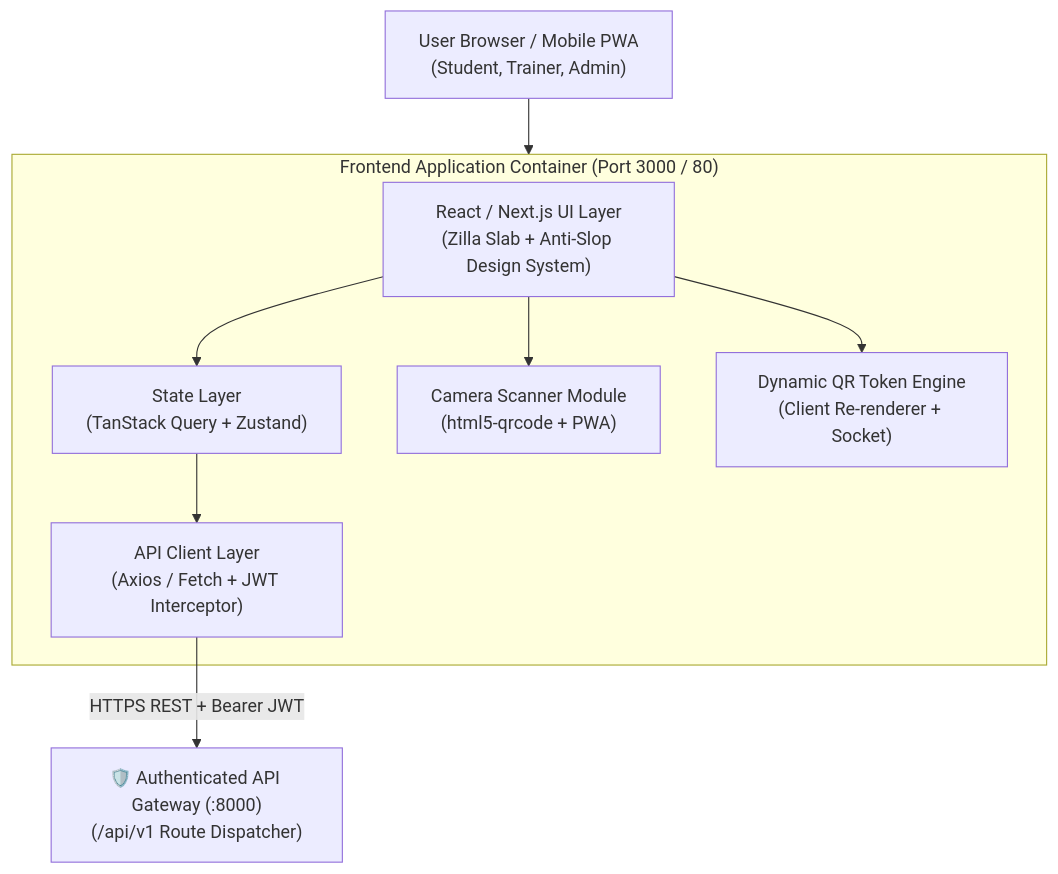
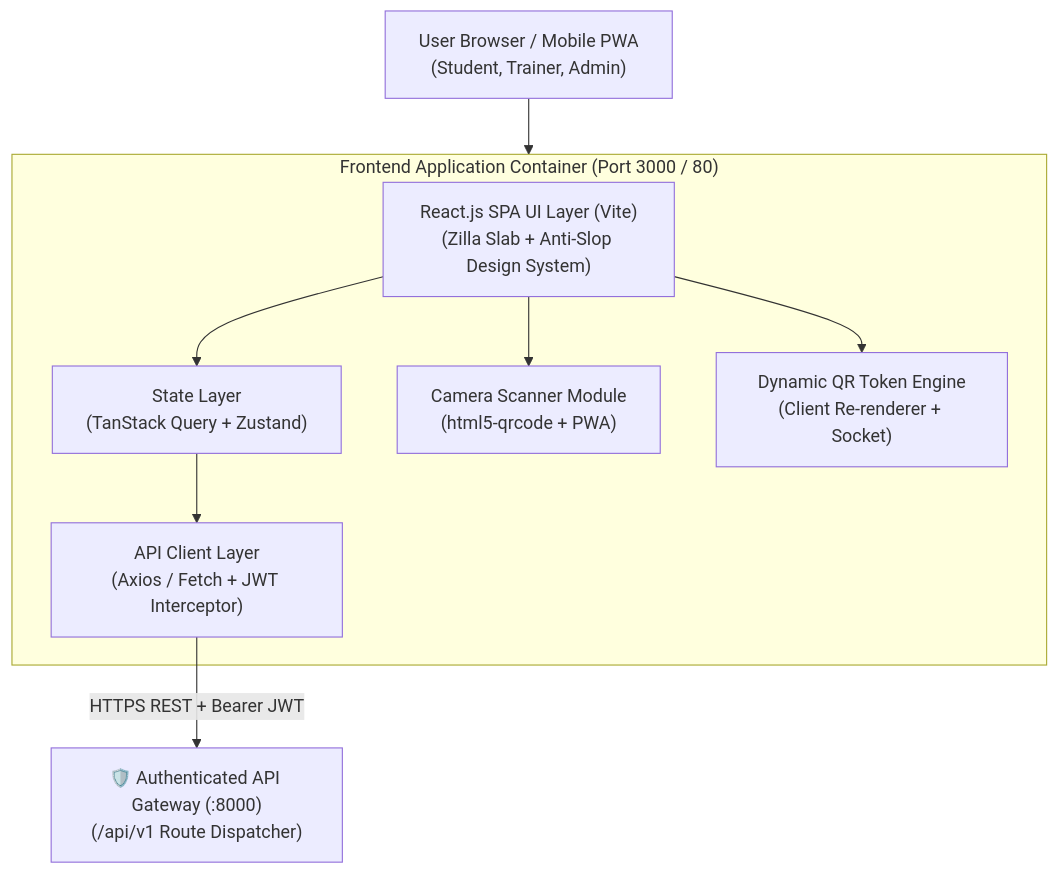
The diagram in frontend/docs/README.md (Aarav-cyber/Gym-allocation), drawn with Mermaid before and after one commit. The commit also changed other lines of this file and 3 other files, not shown here.

````diff
--- a/frontend/docs/README.md
+++ b/frontend/docs/README.md
@@ -22,21 +23,21 @@
 ```mermaid
 graph TD
     Client["User Browser / Mobile PWA<br/>(Student, Trainer, Admin)"]
     
     subgraph FrontendApp ["Frontend Application Container (Port 3000 / 80)"]
-        UI["React / Next.js UI Layer<br/>(Zilla Slab + Anti-Slop Design System)"]
+        UI["React.js SPA UI Layer (Vite)<br/>(Zilla Slab + Anti-Slop Design System)"]
         State["State Layer<br/>(TanStack Query + Zustand)"]
         Scanner["Camera Scanner Module<br/>(html5-qrcode + PWA)"]
         QRGen["Dynamic QR Token Engine<br/>(Client Re-renderer + Socket)"]
         APIClient["API Client Layer<br/>(Axios / Fetch + JWT Interceptor)"]
     end
 
     Gateway["🛡️ Authenticated API Gateway (:8000)<br/>(/api/v1 Route Dispatcher)"]
 
     Client --> FrontendApp
     UI --> State
     UI --> Scanner
     UI --> QRGen
     State --> APIClient
     APIClient -->|HTTPS REST + Bearer JWT| Gateway
 ```
````
